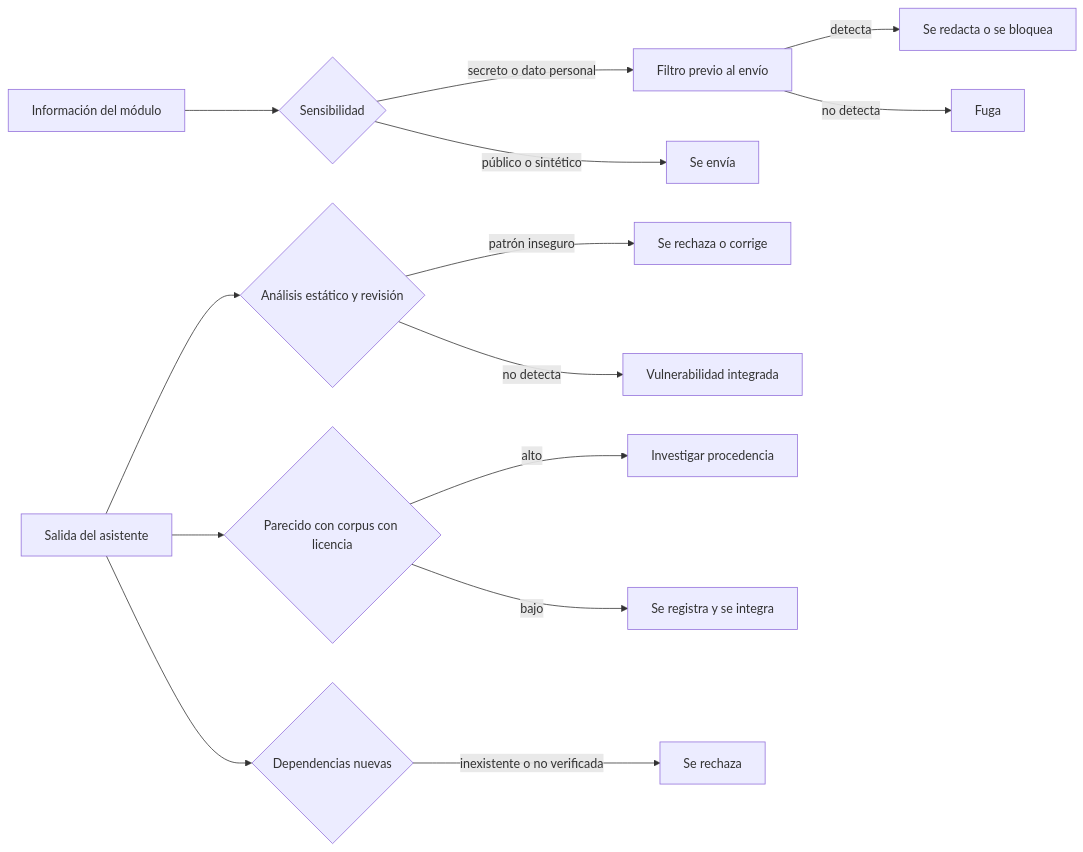
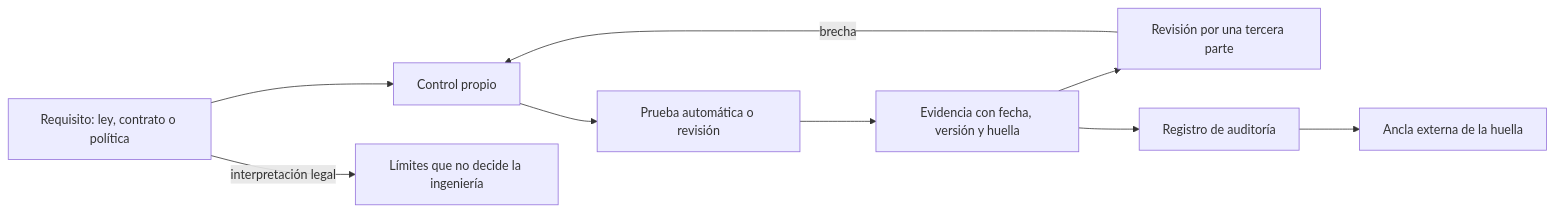
The diagram in content/part-38/SE-466.md (vladimiracunadev-create/modern-software-engineering-program), drawn with Mermaid before and after one commit. The commit also changed other lines of this file and 5193 other files, not shown here.

````diff
--- a/content/part-38/SE-466.md
+++ b/content/part-38/SE-466.md
@@ -59,16 +56,11 @@
 ```mermaid
 flowchart LR
-    A[Información del módulo] --> B{Sensibilidad}
-    B -->|secreto o dato personal| C[Filtro previo al envío]
-    B -->|público o sintético| D[Se envía]
-    C -->|detecta| E[Se redacta o se bloquea]
-    C -->|no detecta| F[Fuga]
-    G[Salida del asistente] --> H{Análisis estático y revisión}
-    H -->|patrón inseguro| I[Se rechaza o corrige]
-    H -->|no detecta| J[Vulnerabilidad integrada]
-    G --> K{Parecido con corpus con licencia}
-    K -->|alto| L[Investigar procedencia]
-    K -->|bajo| M[Se registra y se integra]
-    G --> N{Dependencias nuevas}
-    N -->|inexistente o no verificada| O[Se rechaza]
+    A[Requisito: ley, contrato o política] --> B[Control propio]
+    B --> C[Prueba automática o revisión]
+    C --> D[Evidencia con fecha, versión y huella]
+    D --> E[Revisión por una tercera parte]
+    E -->|brecha| B
+    D --> F[Registro de auditoría]
+    F --> G[Ancla externa de la huella]
+    A -->|interpretación legal| H[Límites que no decide la ingeniería]
 ```
````
